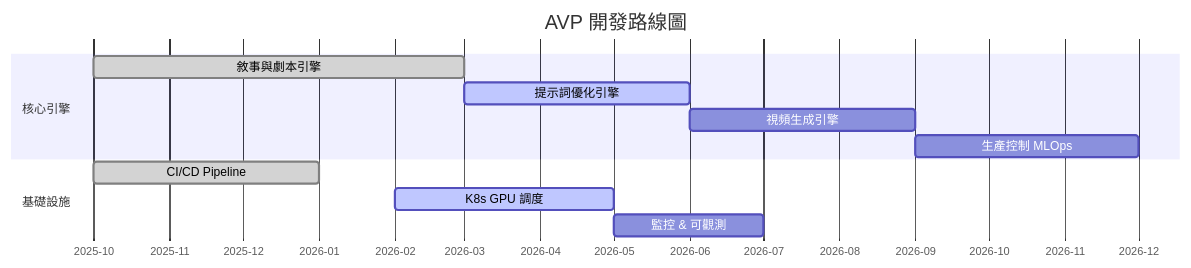
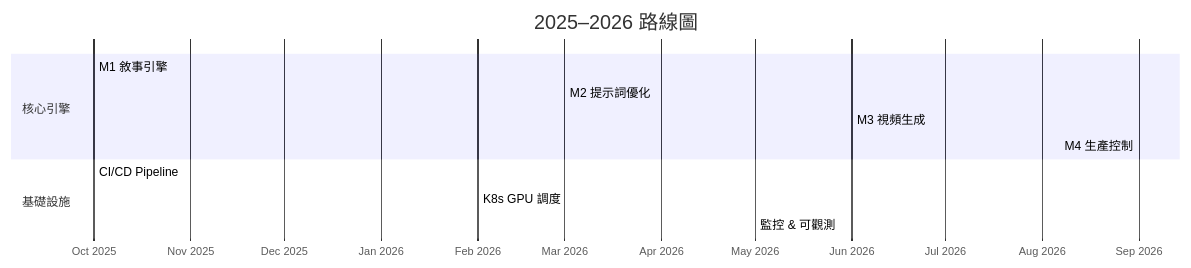
One commit to iiooiioo888/AI_test changed the third of 3 diagrams in README.md. Above: the diagram before and after it, drawn with Mermaid. The commit also changed other lines of this file, not shown here.

Commit message:
docs: second modernization pass — feature cards, cleaner tables, better flow

````diff
--- a/README.md
+++ b/README.md
@@ -295,17 +282,17 @@
 ```mermaid
 gantt
-    title AVP 開發路線圖
-    dateFormat  YYYY-MM
-    axisFormat  %Y-%m
+    title 2025–2026 路線圖
+    dateFormat YYYY-MM
+    axisFormat %b %Y
 
     section 核心引擎
-    敘事與劇本引擎       :done,    m1, 2025-10, 2026-03
-    提示詞優化引擎       :active,  m2, 2026-03, 2026-06
-    視頻生成引擎         :         m3, 2026-06, 2026-09
-    生產控制 MLOps       :         m4, 2026-09, 2026-12
+    M1 敘事引擎          :done,    m1, 2025-10, 5m
+    M2 提示詞優化        :active,  m2, 2026-03, 3m
+    M3 視頻生成          :         m3, 2026-06, 3m
+    M4 生產控制          :         m4, 2026-09, 3m
 
     section 基礎設施
-    CI/CD Pipeline      :done,    ci, 2025-10, 2026-01
-    K8s GPU 調度         :active,  k8s, 2026-02, 2026-05
-    監控 & 可觀測        :         mon, 2026-05, 2026-07
+    CI/CD Pipeline      :done,    ci, 2025-10, 3m
+    K8s GPU 調度         :active,  k8s, 2026-02, 3m
+    監控 & 可觀測        :         mon, 2026-05, 2m
 ```
````
